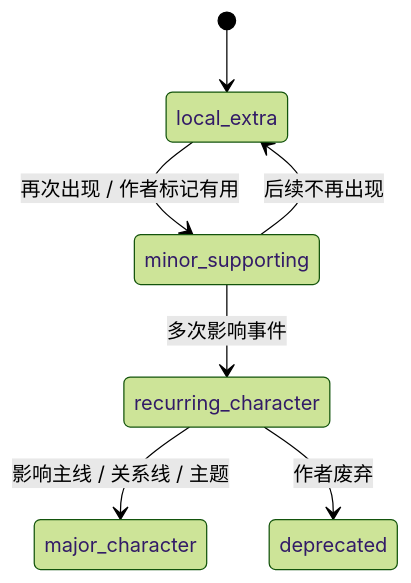
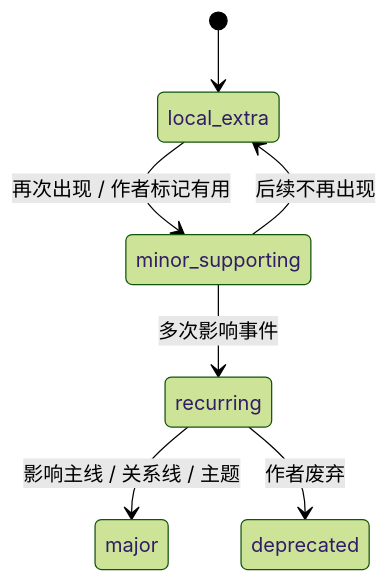
One commit to FrankQDWang/sextantlabs changed the second of 2 diagrams in goals/29-new-character-policy.md. Above: the diagram before and after it, drawn with Mermaid (forest theme). The commit also changed other lines of this file, not shown here.

Commit message:
Map new character tiers to Memory schema

````diff
--- a/goals/29-new-character-policy.md
+++ b/goals/29-new-character-policy.md
@@ -109,9 +124,9 @@
 ```mermaid
 stateDiagram-v2
     [*] --> local_extra
     local_extra --> minor_supporting: 再次出现 / 作者标记有用
-    minor_supporting --> recurring_character: 多次影响事件
-    recurring_character --> major_character: 影响主线 / 关系线 / 主题
+    minor_supporting --> recurring: 多次影响事件
+    recurring --> major: 影响主线 / 关系线 / 主题
     minor_supporting --> local_extra: 后续不再出现
-    recurring_character --> deprecated: 作者废弃
+    recurring --> deprecated: 作者废弃
 ```
````
